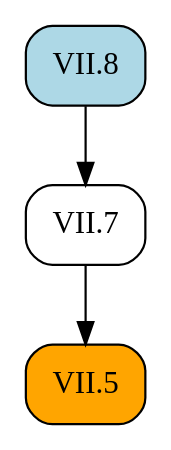
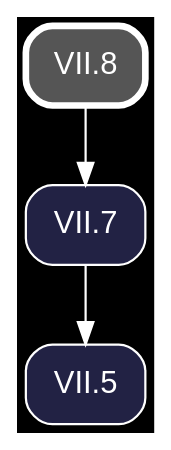
The diagram in docsrc/heath/VII/8/index.rst (geometor/elements), drawn with Graphviz before and after one commit. The commit also changed other lines of this file and 1200 other files, not shown here.

Commit message:
update dependency graphs

```diff
--- a/docsrc/heath/VII/8/index.rst
+++ b/docsrc/heath/VII/8/index.rst
@@ -46,11 +46,13 @@
 .. graphviz::
 
    digraph {
+     bgcolor="black";
+     node [shape=box, style="rounded,filled", fontname="Helvetica", color="white", fontcolor="white"];
+     edge [color="white", fontcolor="white"];
      rankdir="TB";
-     node [shape=box, style=rounded];
-     "VII.8" [style="rounded,filled", fillcolor=lightblue, URL="/heath/VII/8/", target="_top"];
-     "VII.7" [URL="/heath/VII/7/", target="_top"];
-     "VII.5" [style="rounded,filled", fillcolor=orange, URL="/heath/VII/5/", target="_top"];
+     "VII.8" [penwidth=3, color="white", fillcolor="#555555", URL="/heath/VII/8/", target="_top"];
+     "VII.5" [fillcolor="#222244", URL="/heath/VII/5/", target="_top"];
+     "VII.7" [fillcolor="#222244", URL="/heath/VII/7/", target="_top"];
+     "VII.7" -> "VII.5";
      "VII.8" -> "VII.7";
-     "VII.7" -> "VII.5";
    }
```
